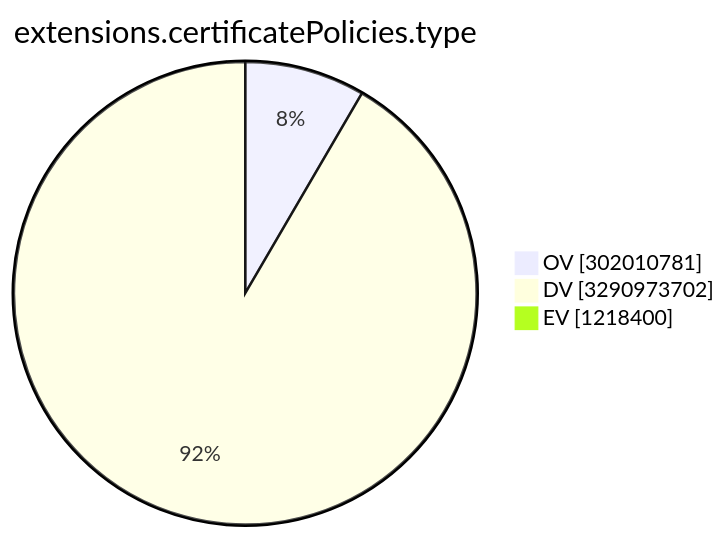
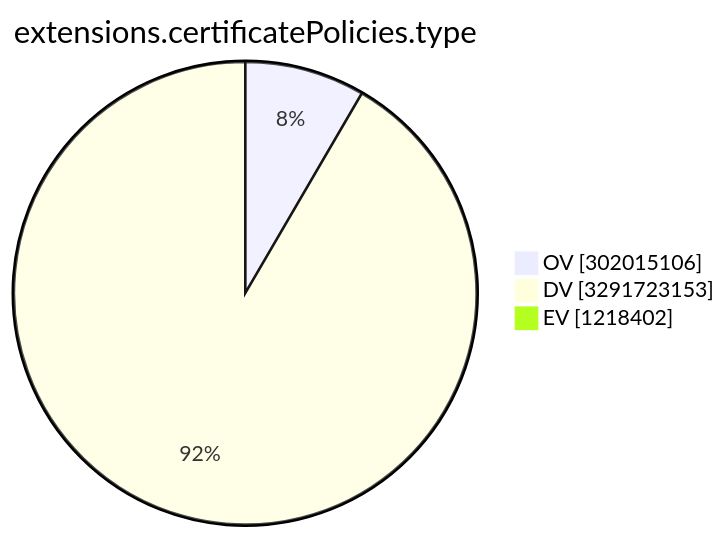
One commit to christiankrug/ctmonitor_visualization changed the ninth of 15 diagrams in TOTAL/README.md. Above: the diagram before and after it, drawn with Mermaid. The commit also changed other lines of this file, not shown here.

````diff
--- a/TOTAL/README.md
+++ b/TOTAL/README.md
@@ -3107,7 +3107,7 @@
 ```mermaid
 pie showData
 title extensions.certificatePolicies.type
-"OV" :302010781
-"DV" :3290973702
-"EV" :1218400
+"OV" :302015106
+"DV" :3291723153
+"EV" :1218402
 ```
````
